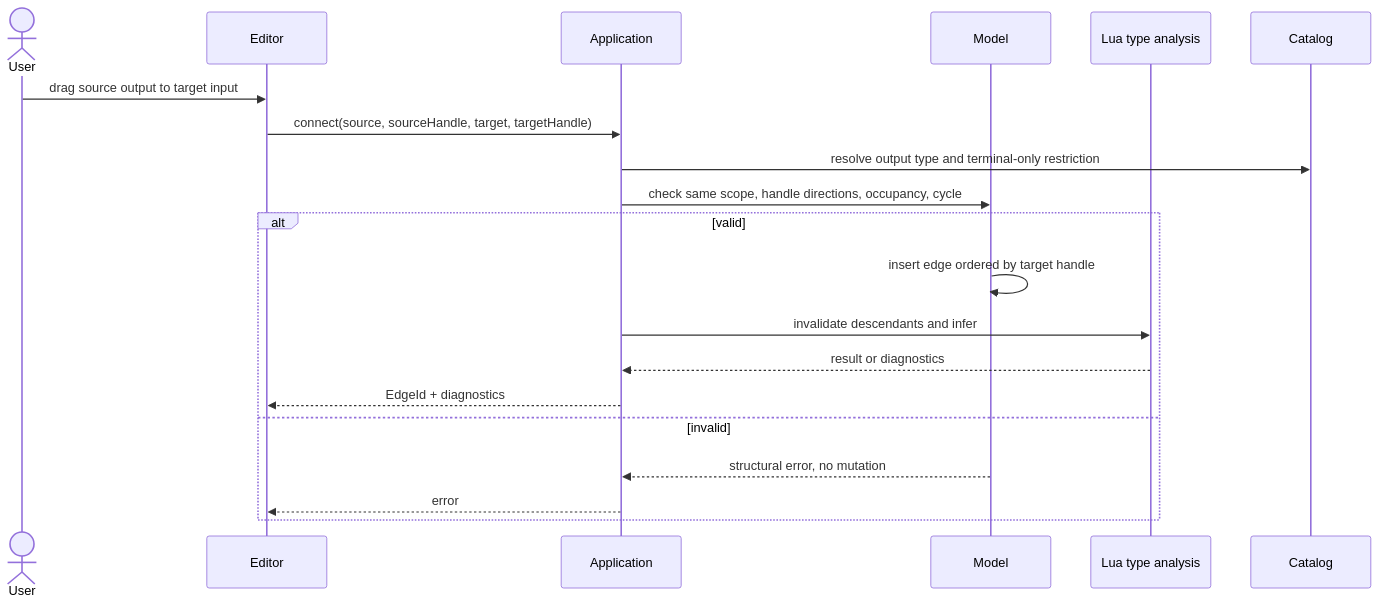
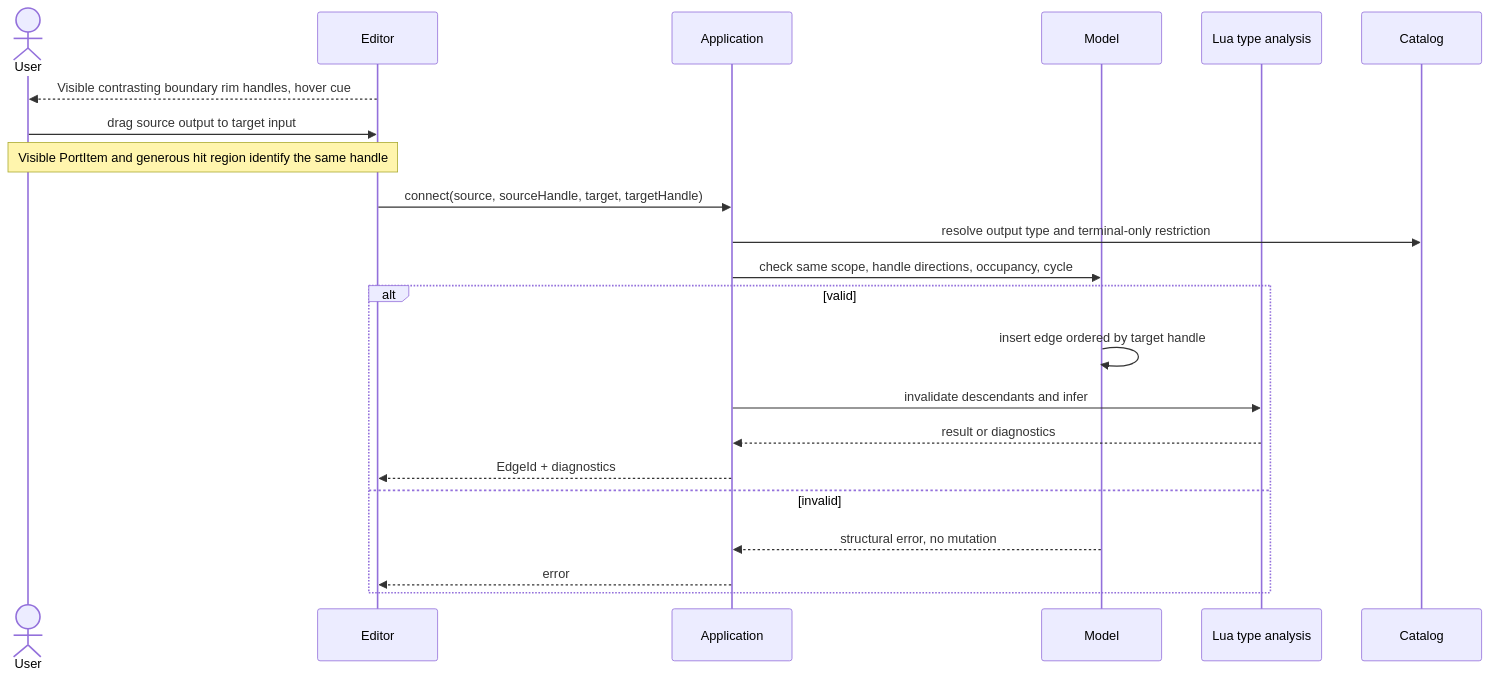
One commit to LucaSforza/nnmodelling-ui changed the third of 10 diagrams in docs/knowledge/uml/sequences.md. Above: the diagram before and after it, drawn with Mermaid.

Commit message:
docs: show visible handles in connection sequence

````diff
--- a/docs/knowledge/uml/sequences.md
+++ b/docs/knowledge/uml/sequences.md
@@ -53,21 +53,23 @@
 ```mermaid
 sequenceDiagram
     actor User
     participant Editor
     participant App as Application
     participant Model
     participant Types as Lua type analysis
+    Editor-->>User: Visible contrasting boundary rim handles, hover cue
     User->>Editor: drag source output to target input
+    Note over User,Editor: Visible PortItem and generous hit region identify the same handle
     Editor->>App: connect(source, sourceHandle, target, targetHandle)
     App->>Catalog: resolve output type and terminal-only restriction
     App->>Model: check same scope, handle directions, occupancy, cycle
     alt valid
       Model->>Model: insert edge ordered by target handle
       App->>Types: invalidate descendants and infer
       Types-->>App: result or diagnostics
       App-->>Editor: EdgeId + diagnostics
     else invalid
       Model-->>App: structural error, no mutation
       App-->>Editor: error
     end
 ```
````
